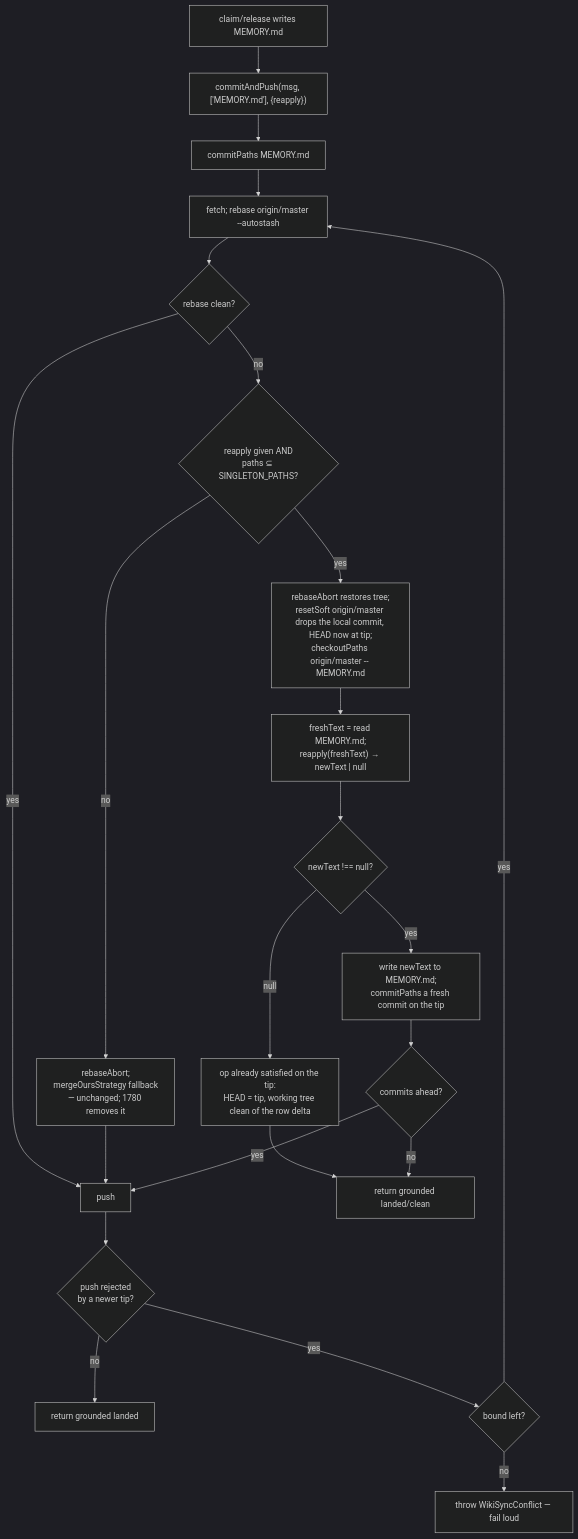
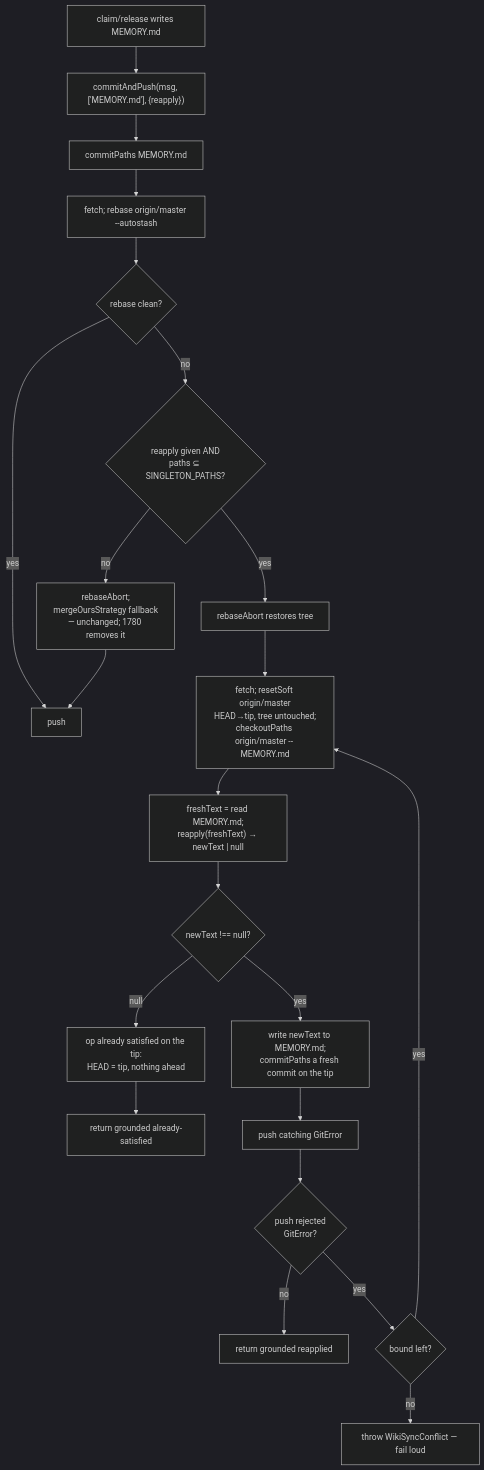
One commit to forwardimpact/monorepo changed the diagram in specs/1920-wiki-sync-merge-discipline/design-a.md. Above: the diagram before and after it, drawn with Mermaid (dark theme). The commit also changed other lines of this file, not shown here.

First line of the commit message:
design(1920): correct re-apply mechanism to resetSoft + caught push-reject

````diff
--- a/specs/1920-wiki-sync-merge-discipline/design-a.md
+++ b/specs/1920-wiki-sync-merge-discipline/design-a.md
@@ -23,23 +23,21 @@
 ```mermaid
 flowchart TD
   A[claim/release writes MEMORY.md] --> B["commitAndPush(msg, ['MEMORY.md'], {reapply})"]
   B --> C[commitPaths MEMORY.md]
   C --> D[fetch; rebase origin/master --autostash]
   D --> E{rebase clean?}
   E -- yes --> P[push]
   E -- no --> F{reapply given AND\npaths ⊆ SINGLETON_PATHS?}
   F -- no --> NN[rebaseAbort;\nmergeOursStrategy fallback\n— unchanged; 1780 removes it] --> P
-  F -- yes --> G[rebaseAbort restores tree;\nresetSoft origin/master drops the local commit, HEAD now at tip;\ncheckoutPaths origin/master -- MEMORY.md]
-  G --> H["freshText = read MEMORY.md;\nreapply(freshText) → newText | null"]
-  H --> I{newText !== null?}
-  I -- null --> Y[op already satisfied on the tip:\nHEAD = tip, working tree clean of the row delta] --> Z[return grounded landed/clean]
+  F -- yes --> AB[rebaseAbort restores tree] --> G
+  G[fetch; resetSoft origin/master\nHEAD→tip, tree untouched;\ncheckoutPaths origin/master -- MEMORY.md] --> H
+  H["freshText = read MEMORY.md;\nreapply(freshText) → newText | null"] --> I{newText !== null?}
+  I -- null --> Y[op already satisfied on the tip:\nHEAD = tip, nothing ahead] --> Z[return grounded already-satisfied]
   I -- yes --> K[write newText to MEMORY.md;\ncommitPaths a fresh commit on the tip]
-  K --> M{commits ahead?}
-  M -- yes --> P
-  M -- no --> Z
-  P --> RR{push rejected\nby a newer tip?}
-  RR -- no --> Z2[return grounded landed]
+  K --> P2[push catching GitError]
+  P2 --> RR{push rejected\nGitError?}
+  RR -- no --> Z2[return grounded reapplied]
   RR -- yes --> L{bound left?}
-  L -- yes --> D
+  L -- yes --> G
   L -- no --> X[throw WikiSyncConflict — fail loud]
 ```
````
